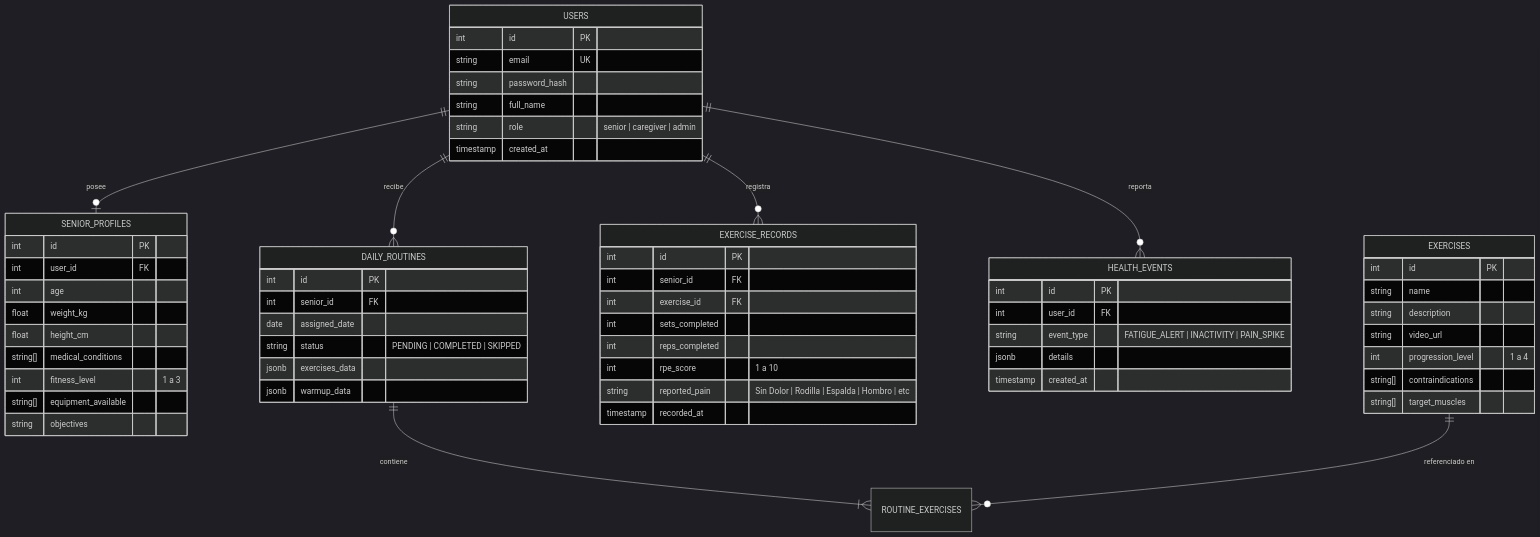
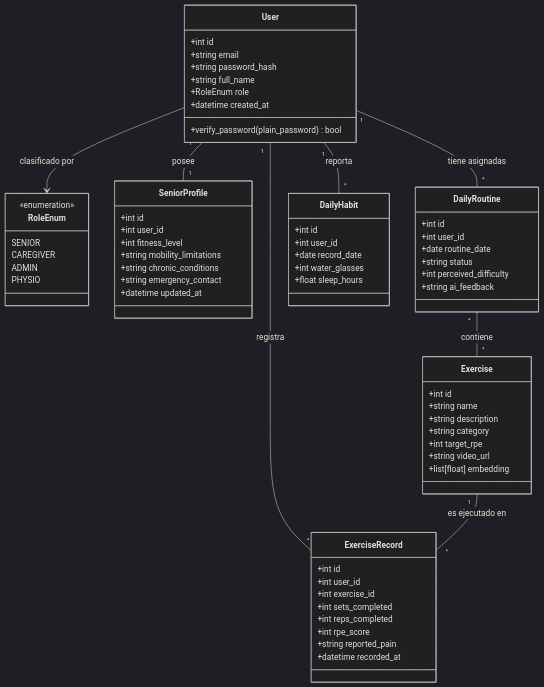
Before and after one commit to danielsanchez040601-byte/SeniorVital---Backend-API: the second of 5 diagrams in docs/4_Diagrama_UML.md, drawn with Mermaid (dark theme). The commit also changed other lines of this file and 7 other files, not shown here.

````diff
--- a/docs/4_Diagrama_UML.md
+++ b/docs/4_Diagrama_UML.md
@@ -60,68 +53,76 @@
 ```mermaid
-erDiagram
-    USERS ||--o| SENIOR_PROFILES : "posee"
-    USERS ||--o{ DAILY_ROUTINES : "recibe"
-    USERS ||--o{ EXERCISE_RECORDS : "registra"
-    USERS ||--o{ HEALTH_EVENTS : "reporta"
-    DAILY_ROUTINES ||--|{ ROUTINE_EXERCISES : "contiene"
-    EXERCISES ||--o{ ROUTINE_EXERCISES : "referenciado en"
-
-    USERS {
-        int id PK
-        string email UK
-        string password_hash
-        string full_name
-        string role "senior | caregiver | admin"
-        timestamp created_at
+classDiagram
+    class User {
+        +int id
+        +string email
+        +string password_hash
+        +string full_name
+        +RoleEnum role
+        +datetime created_at
+        +verify_password(plain_password) bool
     }
 
-    SENIOR_PROFILES {
-        int id PK
-        int user_id FK
-        int age
-        float weight_kg
-        float height_cm
-        string[] medical_conditions
-        int fitness_level "1 a 3"
-        string[] equipment_available
-        string objectives
+    class RoleEnum {
+        <<enumeration>>
+        SENIOR
+        CAREGIVER
+        ADMIN
+        PHYSIO
     }
 
-    EXERCISES {
-        int id PK
-        string name
-        string description
-        string video_url
-        int progression_level "1 a 4"
-        string[] contraindications
-        string[] target_muscles
+    class SeniorProfile {
+        +int id
+        +int user_id
+        +int fitness_level
+        +string mobility_limitations
+        +string chronic_conditions
+        +string emergency_contact
+        +datetime updated_at
     }
 
-    DAILY_ROUTINES {
-        int id PK
-        int senior_id FK
-        date assigned_date
-        string status "PENDING | COMPLETED | SKIPPED"
-        jsonb exercises_data
-        jsonb warmup_data
+    class Exercise {
+        +int id
+        +string name
+        +string description
+        +string category
+        +int target_rpe
+        +string video_url
+        +list[float] embedding
     }
 
-    EXERCISE_RECORDS {
-        int id PK
-        int senior_id FK
-        int exercise_id FK
-        int sets_completed
-        int reps_completed
-        int rpe_score "1 a 10"
-        string reported_pain "Sin Dolor | Rodilla | Espalda | Hombro | etc"
-        timestamp recorded_at
+    class DailyRoutine {
+        +int id
+        +int user_id
+        +date routine_date
+        +string status
+        +int perceived_difficulty
+        +string ai_feedback
     }
 
-    HEALTH_EVENTS {
-        int id PK
-        int user_id FK
-        string event_type "FATIGUE_ALERT | INACTIVITY | PAIN_SPIKE"
-        jsonb details
-        timestamp created_at
+    class ExerciseRecord {
+        +int id
+        +int user_id
+        +int exercise_id
+        +int sets_completed
+        +int reps_completed
+        +int rpe_score
+        +string reported_pain
+        +datetime recorded_at
     }
+
+    class DailyHabit {
+        +int id
+        +int user_id
+        +date record_date
+        +int water_glasses
+        +float sleep_hours
+    }
+
+    User "1" -- "1" SeniorProfile : posee
+    User "1" -- "*" DailyRoutine : tiene asignadas
+    User "1" -- "*" ExerciseRecord : registra
+    User "1" -- "*" DailyHabit : reporta
+    DailyRoutine "*" -- "*" Exercise : contiene
+    Exercise "1" -- "*" ExerciseRecord : es ejecutado en
+    User --> RoleEnum : clasificado por
 ```
````
